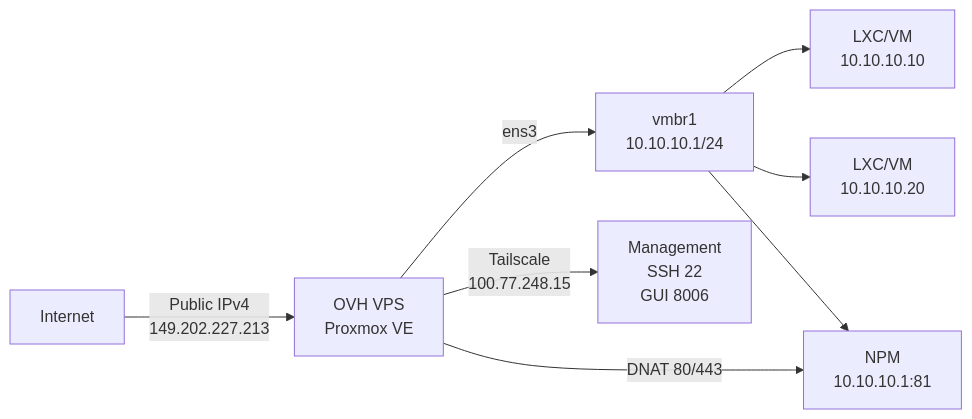
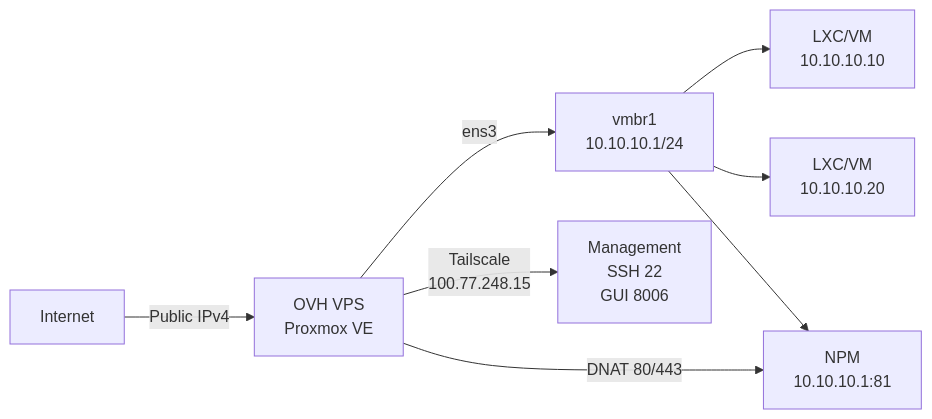
Before and after one commit to GoXLd/goxld.github.io: the diagram in _posts/en/2026-09-09-installer-proxmox-ve-sur-vps-ovh.md, drawn with Mermaid. The commit also changed other lines of this file and 2 other files, not shown here.

Commit message:
Privacy: replace real public IPv4 with <PUBLIC_IPV4> placeholder in all 3 languages

````diff
--- a/_posts/en/2026-09-09-installer-proxmox-ve-sur-vps-ovh.md
+++ b/_posts/en/2026-09-09-installer-proxmox-ve-sur-vps-ovh.md
@@ -106,10 +106,10 @@
 ```mermaid
 flowchart LR
-    Internet[Internet] -->|Public IPv4\n149.202.227.213| VPS[OVH VPS\nProxmox VE]
+    Internet[Internet] -->|Public IPv4| VPS[OVH VPS\nProxmox VE]
     VPS -->|ens3| BridgeNAT[vmbr1\n10.10.10.1/24]
     BridgeNAT --> LXC1[LXC/VM\n10.10.10.10]
     BridgeNAT --> LXC2[LXC/VM\n10.10.10.20]
     BridgeNAT --> NPM[NPM\n10.10.10.1:81]
     VPS -->|DNAT 80/443| NPM
     VPS -->|Tailscale\n100.77.248.15| Mgmt[Management\nSSH 22\nGUI 8006]
 ```
````
